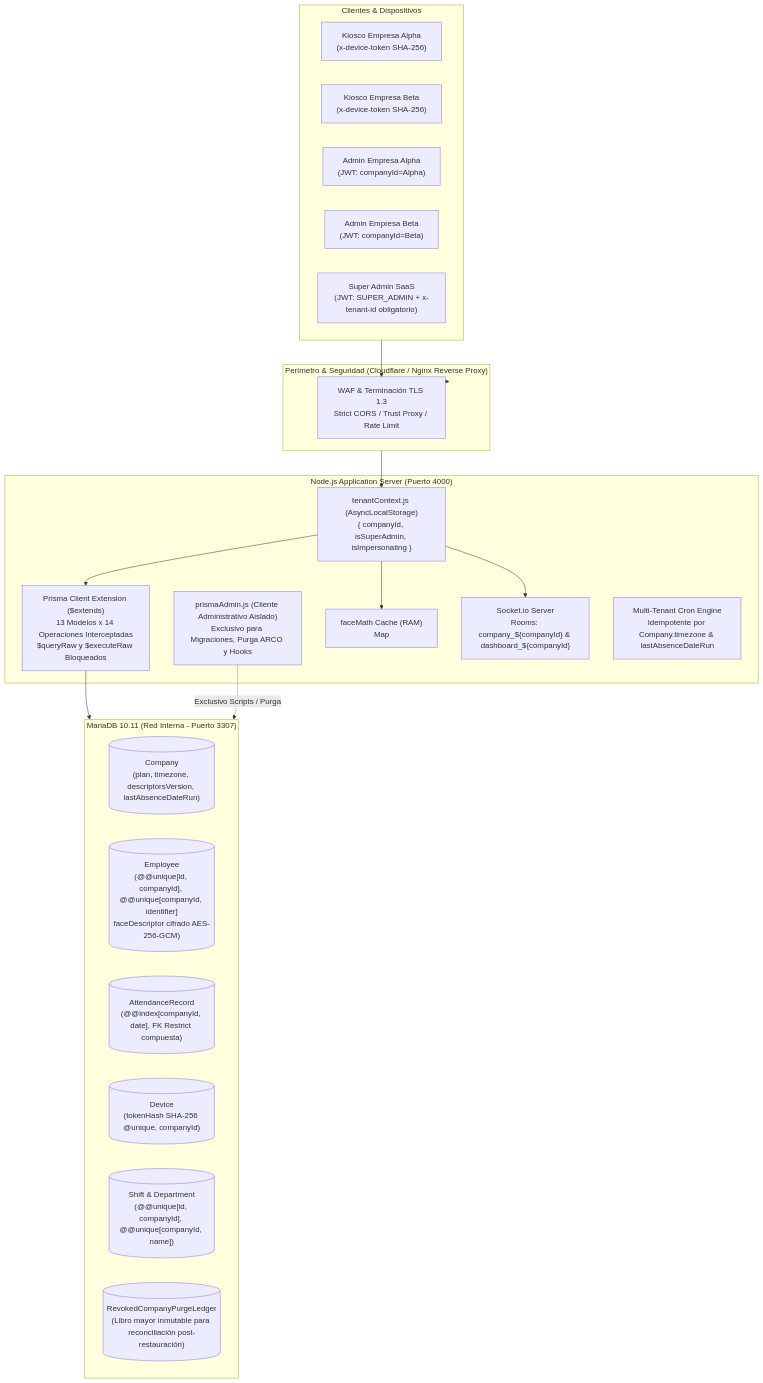
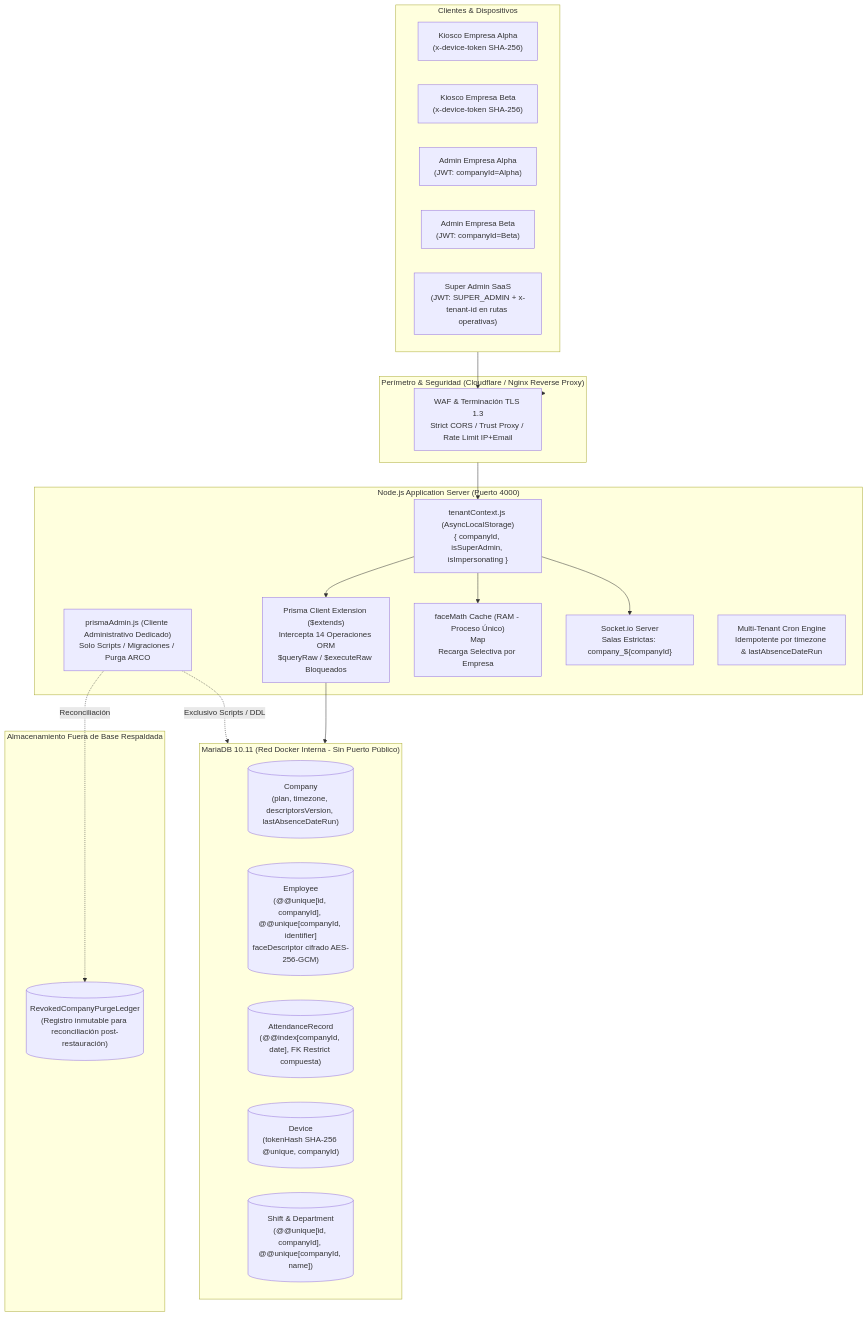
Before and after one commit to GabrielAvila5/ReconocimientoFPainProject: the second of 2 diagrams in docs/saas/saas_multitenant_implementation_plan.md, drawn with Mermaid. The commit also changed other lines of this file, not shown here.

````diff
--- a/docs/saas/saas_multitenant_implementation_plan.md
+++ b/docs/saas/saas_multitenant_implementation_plan.md
@@ -64,38 +85,42 @@
 ```mermaid
 flowchart TB
-    subgraph Perimetro["Perímetro & Seguridad (Cloudflare / Nginx Reverse Proxy)"]
-        WAF["WAF & Terminación TLS 1.3\nStrict CORS / Trust Proxy / Rate Limit"]
+    subgraph Edge["Perímetro & Seguridad (Cloudflare / Nginx Reverse Proxy)"]
+        WAF["WAF & Terminación TLS 1.3\nStrict CORS / Trust Proxy / Rate Limit IP+Email"]
     end
 
     subgraph Clientes["Clientes & Dispositivos"]
         K1["Kiosco Empresa Alpha\n(x-device-token SHA-256)"]
         K2["Kiosco Empresa Beta\n(x-device-token SHA-256)"]
         A1["Admin Empresa Alpha\n(JWT: companyId=Alpha)"]
         A2["Admin Empresa Beta\n(JWT: companyId=Beta)"]
-        SA["Super Admin SaaS\n(JWT: SUPER_ADMIN + x-tenant-id obligatorio)"]
+        SA["Super Admin SaaS\n(JWT: SUPER_ADMIN + x-tenant-id en rutas operativas)"]
     end
 
     subgraph AppServer["Node.js Application Server (Puerto 4000)"]
         ALS["tenantContext.js (AsyncLocalStorage)\n{ companyId, isSuperAdmin, isImpersonating }"]
-        PrismaExt["Prisma Client Extension ($extends)\n13 Modelos x 14 Operaciones Interceptadas\n$queryRaw y $executeRaw Bloqueados"]
-        PrismaAdmin["prismaAdmin.js (Cliente Administrativo Aislado)\nExclusivo para Migraciones, Purga ARCO y Hooks"]
-        FaceRAM["faceMath Cache (RAM)\nMap<companyId, Float32Array[]>"]
-        WSEngine["Socket.io Server\nRooms: company_${companyId} & dashboard_${companyId}"]
-        CronEngine["Multi-Tenant Cron Engine\nIdempotente por Company.timezone & lastAbsenceDateRun"]
+        PrismaExt["Prisma Client Extension ($extends)\nIntercepta 14 Operaciones ORM\n$queryRaw / $executeRaw Bloqueados"]
+        PrismaAdmin["prismaAdmin.js (Cliente Administrativo Dedicado)\nSolo Scripts / Migraciones / Purga ARCO"]
+        FaceRAM["faceMath Cache (RAM - Proceso Único)\nMap<companyId, Float32Array[]>\nRecarga Selectiva por Empresa"]
+        WSEngine["Socket.io Server\nSalas Estrictas: company_${companyId}"]
+        CronEngine["Multi-Tenant Cron Engine\nIdempotente por timezone & lastAbsenceDateRun"]
     end
 
-    subgraph Storage["MariaDB 10.11 (Red Interna - Puerto 3307)"]
+    subgraph Storage["MariaDB 10.11 (Red Docker Interna - Sin Puerto Público)"]
         T_Company[("Company\n(plan, timezone, descriptorsVersion, lastAbsenceDateRun)")]
         T_Emp[("Employee\n(@@unique[id, companyId], @@unique[companyId, identifier]\nfaceDescriptor cifrado AES-256-GCM)")]
         T_Att[("AttendanceRecord\n(@@index[companyId, date], FK Restrict compuesta)")]
         T_Dev[("Device\n(tokenHash SHA-256 @unique, companyId)")]
         T_Shifts[("Shift & Department\n(@@unique[id, companyId], @@unique[companyId, name])")]
-        T_Ledger[("RevokedCompanyPurgeLedger\n(Libro mayor inmutable para reconciliación post-restauración)")]
     end
 
-    Clientes --> WAF --> Perimetro --> ALS
+    subgraph ExternalLedger["Almacenamiento Fuera de Base Respaldada"]
+        LedgerFile[("RevokedCompanyPurgeLedger\n(Registro inmutable para reconciliación post-restauración)")]
+    end
+
+    Clientes --> WAF --> Edge --> ALS
     ALS --> PrismaExt --> Storage
-    PrismaAdmin -.->|Exclusivo Scripts / Purga| Storage
+    PrismaAdmin -.->|Exclusivo Scripts / DDL| Storage
+    PrismaAdmin -.->|Reconciliación| LedgerFile
     ALS --> FaceRAM
     ALS --> WSEngine
 ```
````
